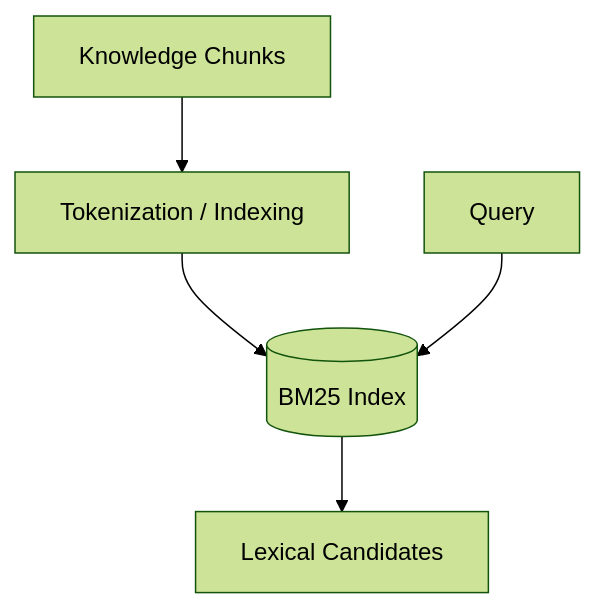
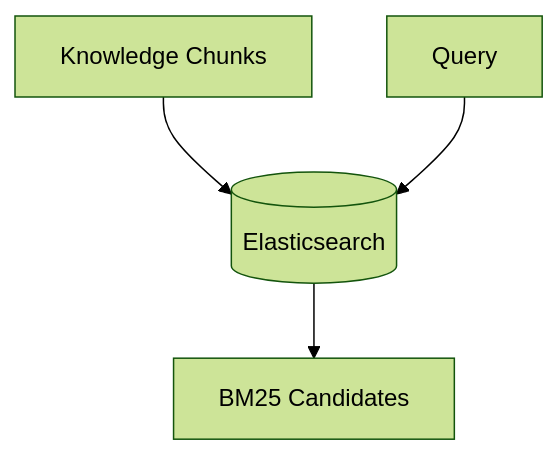
Before and after one commit to AdithyaGopakumar/Advanced-RAG-Banking: the tenth of 33 diagrams in docs/ARCHITECTURE.md, drawn with Mermaid (forest theme). The commit also changed other lines of this file and 8 other files, not shown here.

````diff
--- a/docs/ARCHITECTURE.md
+++ b/docs/ARCHITECTURE.md
@@ -536,7 +536,6 @@
 ``` mermaid
 flowchart TD
-    KB["Knowledge Chunks"] --> Tokenize["Tokenization / Indexing"]
-    Tokenize --> BM25[("BM25 Index")]
-    Query["Query"] --> BM25
-    BM25 --> Results["Lexical Candidates"]
+    KB["Knowledge Chunks"] --> ES[("Elasticsearch")]
+    Query["Query"] --> ES
+    ES --> Results["BM25 Candidates"]
 ```
````
